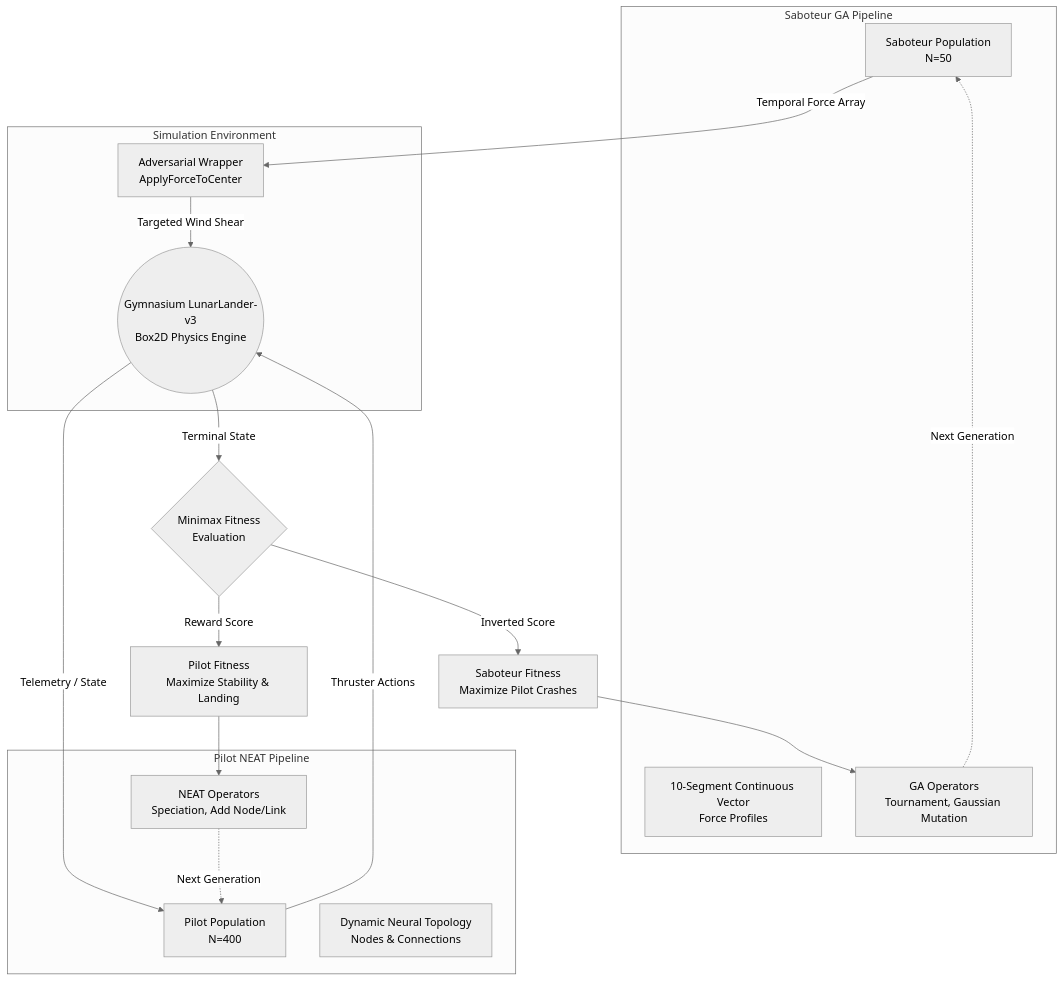
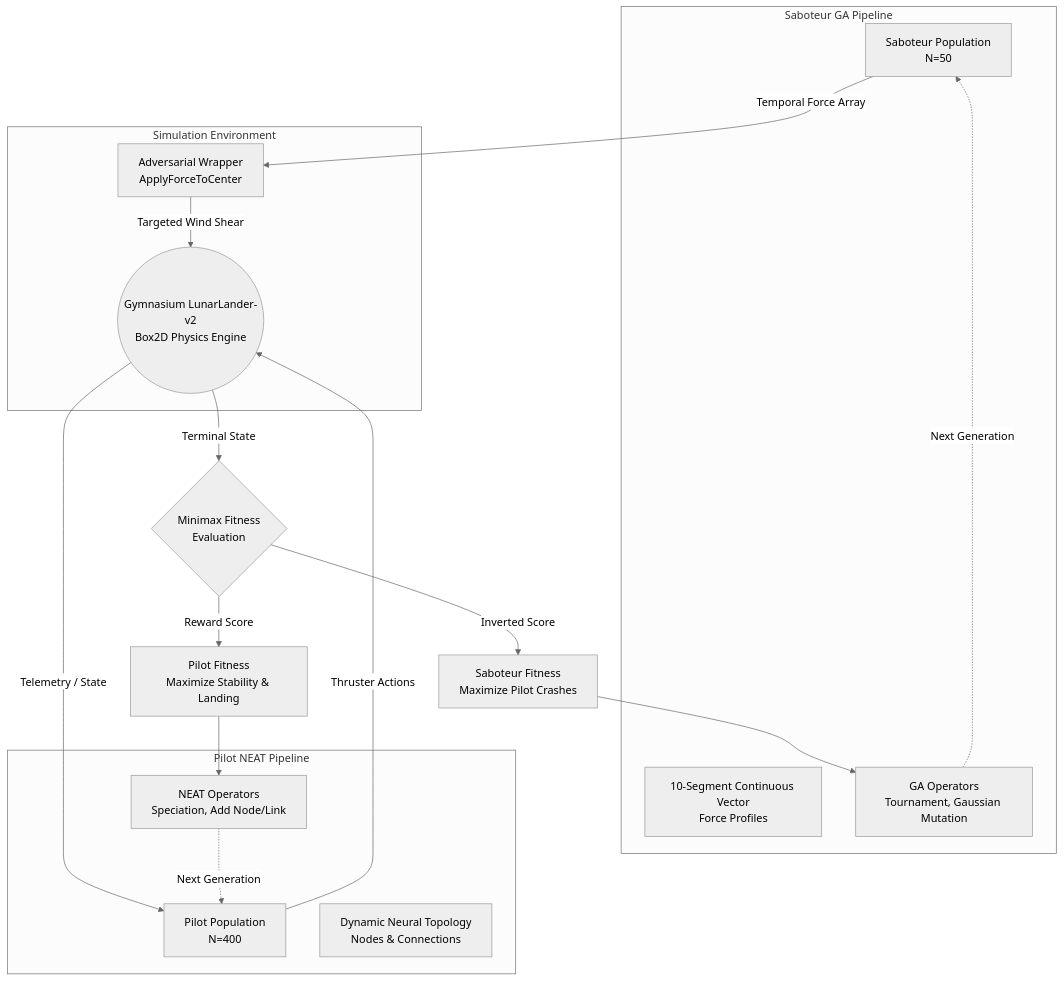
Before and after one commit to jwmathis/lunar_adversary: the diagram in README.md, drawn with Mermaid (neutral theme). The commit also changed other lines of this file and 4 other files, not shown here.

````diff
--- a/README.md
+++ b/README.md
@@ -27,37 +27,37 @@
 ```mermaid
 graph TD
     subgraph Saboteur GA Pipeline
         S_Pop[Saboteur Population<br/>N=50]
         S_Gene[10-Segment Continuous Vector<br/>Force Profiles]
         S_Evol[GA Operators<br/>Tournament, Gaussian Mutation]
     end
 
     subgraph Pilot NEAT Pipeline
         P_Pop[Pilot Population<br/>N=400]
         P_Gene[Dynamic Neural Topology<br/>Nodes & Connections]
         P_Evol[NEAT Operators<br/>Speciation, Add Node/Link]
     end
 
     subgraph Simulation Environment
-        Env((Gymnasium LunarLander-v3<br/>Box2D Physics Engine))
+        Env((Gymnasium LunarLander-v2<br/>Box2D Physics Engine))
         Hook[Adversarial Wrapper<br/>ApplyForceToCenter]
     end
 
     %% Interactions
     S_Pop -->|Temporal Force Array| Hook
     Hook -->|Targeted Wind Shear| Env
     P_Pop -->|Thruster Actions| Env
     Env -->|Telemetry / State| P_Pop
 
     %% Evaluation
     Env -->|Terminal State| Eval{Minimax Fitness<br/>Evaluation}
     
     Eval -->|Reward Score| F_P[Pilot Fitness<br/>Maximize Stability & Landing]
     Eval -->|Inverted Score| F_S[Saboteur Fitness<br/>Maximize Pilot Crashes]
 
     F_P --> P_Evol
     F_S --> S_Evol
 
     P_Evol -.->|Next Generation| P_Pop
     S_Evol -.->|Next Generation| S_Pop
 ```
````
